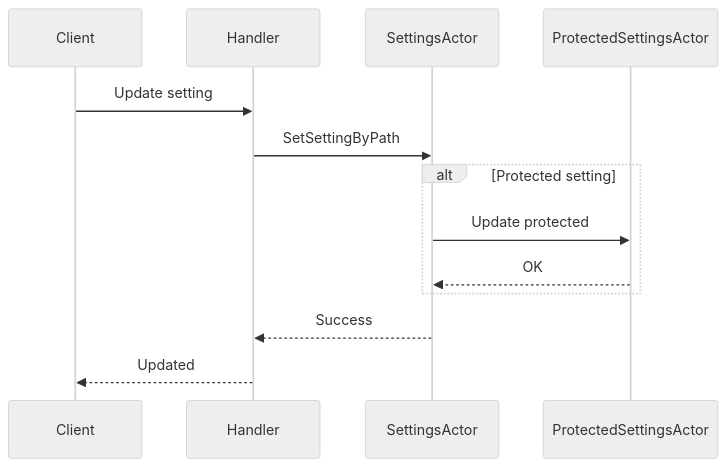
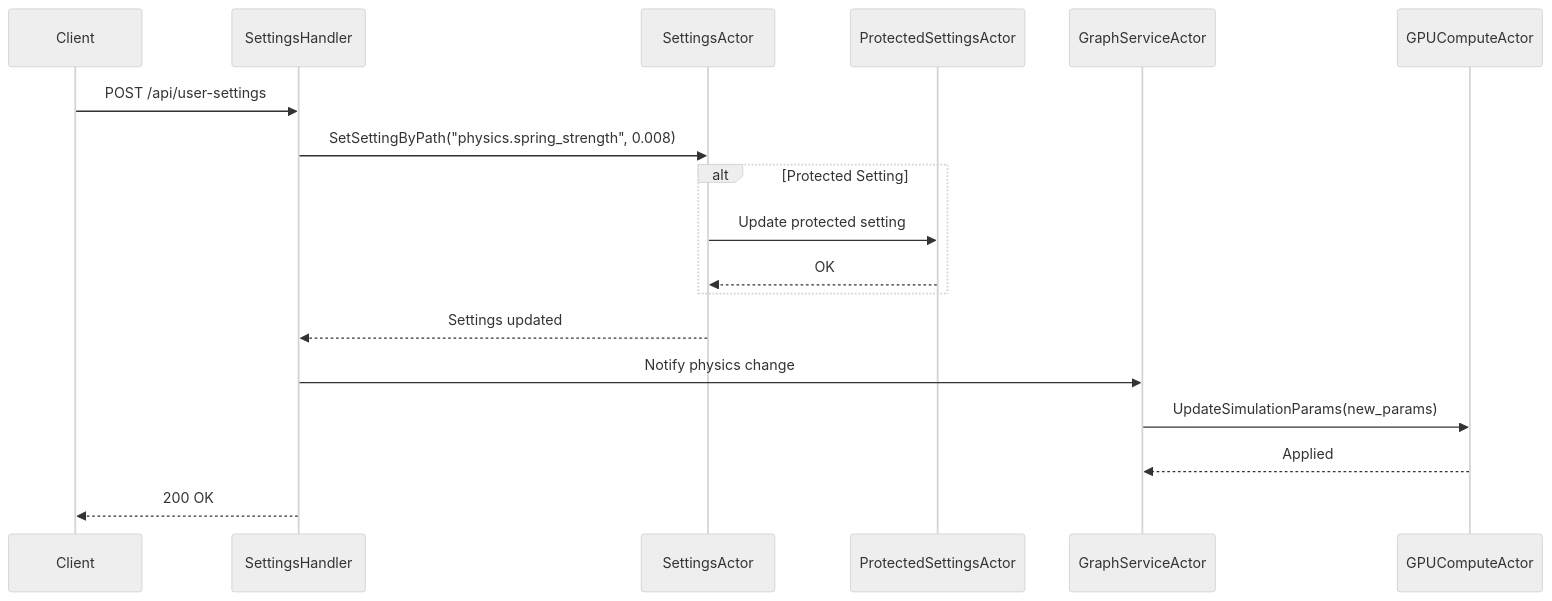
Before and after one commit to DreamLab-AI/VisionFlow: the third of 4 diagrams in docs/server/actors.md, drawn with Mermaid (neutral theme). The commit also changed other lines of this file and 22 other files, not shown here.

````diff
--- a/docs/server/actors.md
+++ b/docs/server/actors.md
@@ -215,18 +341,23 @@
 ```mermaid
 sequenceDiagram
     participant Client
-    participant Handler
-    participant SettingsActor
-    participant ProtectedSettingsActor
+    participant API as SettingsHandler
+    participant SA as SettingsActor
+    participant PSA as ProtectedSettingsActor
+    participant GSA as GraphServiceActor
+    participant GCA as GPUComputeActor
     
-    Client->>Handler: Update setting
-    Handler->>SettingsActor: SetSettingByPath
+    Client->>API: POST /api/user-settings
+    API->>SA: SetSettingByPath("physics.spring_strength", 0.008)
     
-    alt Protected setting
-        SettingsActor->>ProtectedSettingsActor: Update protected
-        ProtectedSettingsActor-->>SettingsActor: OK
+    alt Protected Setting
+        SA->>PSA: Update protected setting
+        PSA-->>SA: OK
     end
     
-    SettingsActor-->>Handler: Success
-    Handler-->>Client: Updated
+    SA-->>API: Settings updated
+    API->>GSA: Notify physics change
+    GSA->>GCA: UpdateSimulationParams(new_params)
+    GCA-->>GSA: Applied
+    API-->>Client: 200 OK
 ```
````
